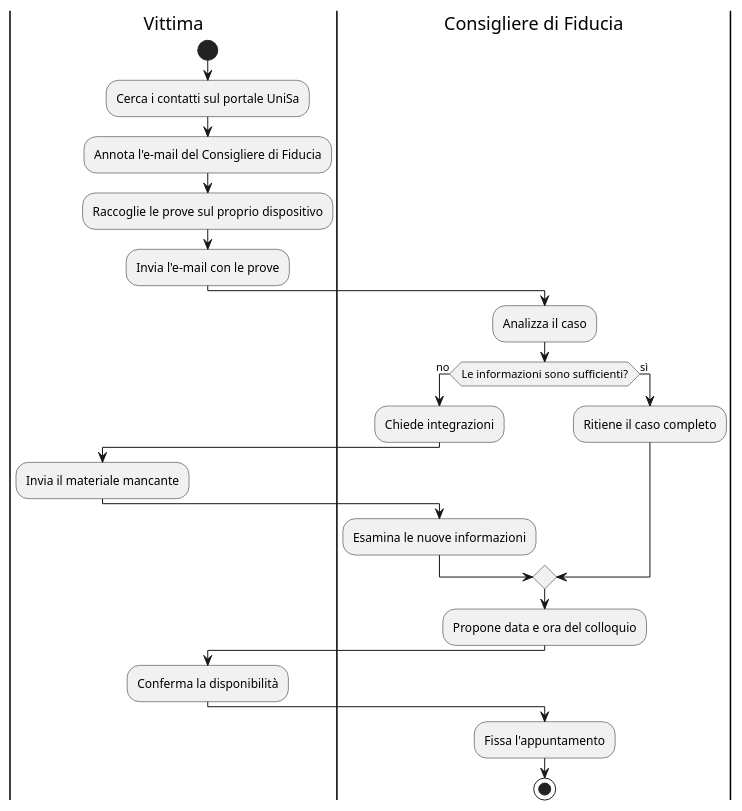
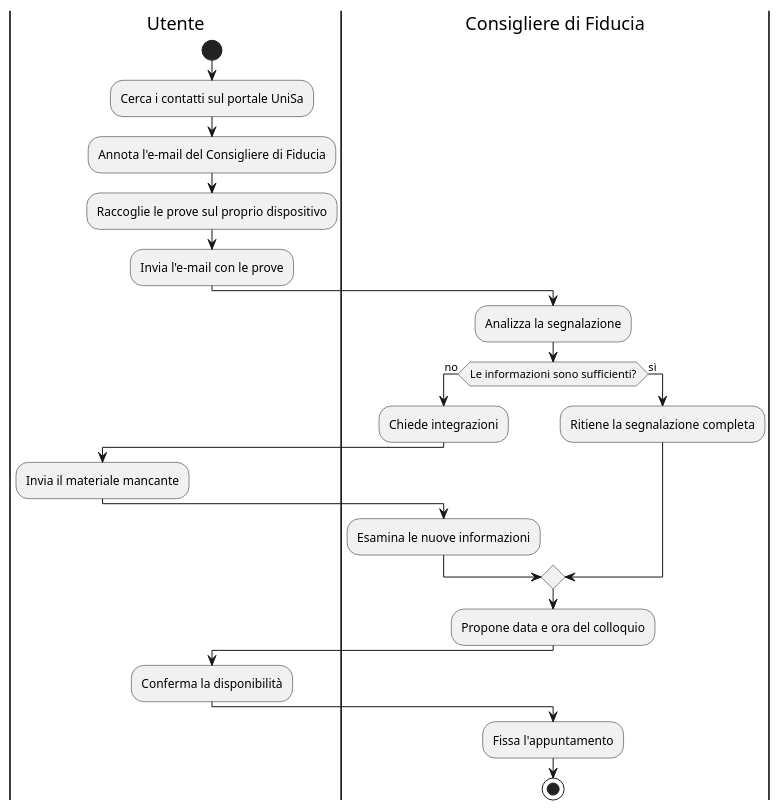
One commit to pharos-oss/pharos changed the diagram in docs/models/activities/AD_01_Sistema_Corrente.puml. Above: the diagram before and after it, drawn with PlantUML. The commit also changed 15 other files, not shown here.

```diff
--- a/docs/models/activities/AD_01_Sistema_Corrente.puml
+++ b/docs/models/activities/AD_01_Sistema_Corrente.puml
@@ -1,25 +1,25 @@
 @startuml
-|Vittima|
+|Utente|
 start
 :Cerca i contatti sul portale UniSa;
 :Annota l'e-mail del Consigliere di Fiducia;
 :Raccoglie le prove sul proprio dispositivo;
 :Invia l'e-mail con le prove;
 |Consigliere di Fiducia|
-:Analizza il caso;
+:Analizza la segnalazione;
 if (Le informazioni sono sufficienti?) then (no)
   :Chiede integrazioni;
-  |Vittima|
+  |Utente|
   :Invia il materiale mancante;
   |Consigliere di Fiducia|
   :Esamina le nuove informazioni;
 else (sì)
-  :Ritiene il caso completo;
+  :Ritiene la segnalazione completa;
 endif
 :Propone data e ora del colloquio;
-|Vittima|
+|Utente|
 :Conferma la disponibilità;
 |Consigliere di Fiducia|
 :Fissa l'appuntamento;
 stop
 @enduml
```
